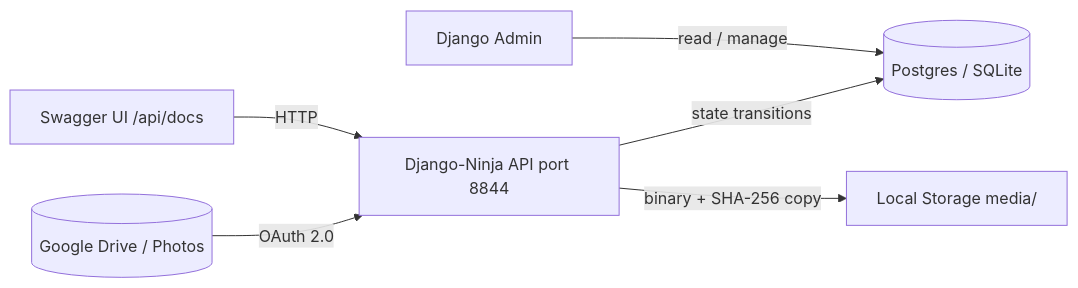
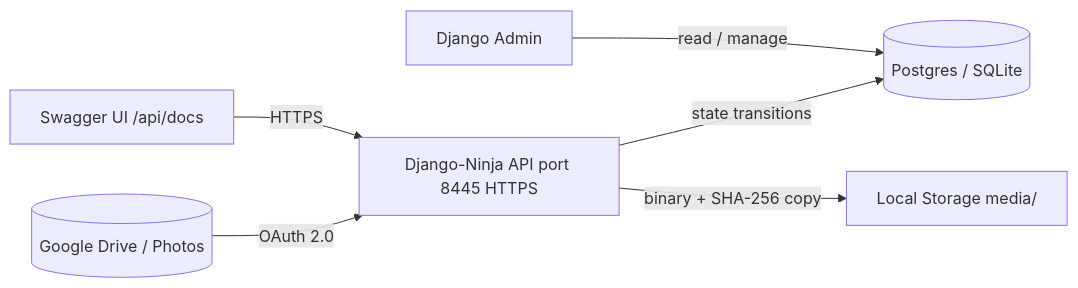
The first of 5 diagrams in docs/architecture.md (devadalberto/backdeezup), drawn with Mermaid before and after one commit. The commit also changed other lines of this file and 7 other files, not shown here.

````diff
--- a/docs/architecture.md
+++ b/docs/architecture.md
@@ -9,15 +9,15 @@
 ```mermaid
 flowchart LR
     GD[(Google Drive / Photos)]
-    API[Django-Ninja API port 8844]
+    API[Django-Ninja API port 8445 HTTPS]
     DB[(Postgres / SQLite)]
     FS[Local Storage media/]
     AD[Django Admin]
     SW[Swagger UI /api/docs]
 
     GD -->|OAuth 2.0| API
-    SW -->|HTTP| API
+    SW -->|HTTPS| API
     API -->|state transitions| DB
     API -->|binary + SHA-256 copy| FS
     AD -->|read / manage| DB
 ```
````
